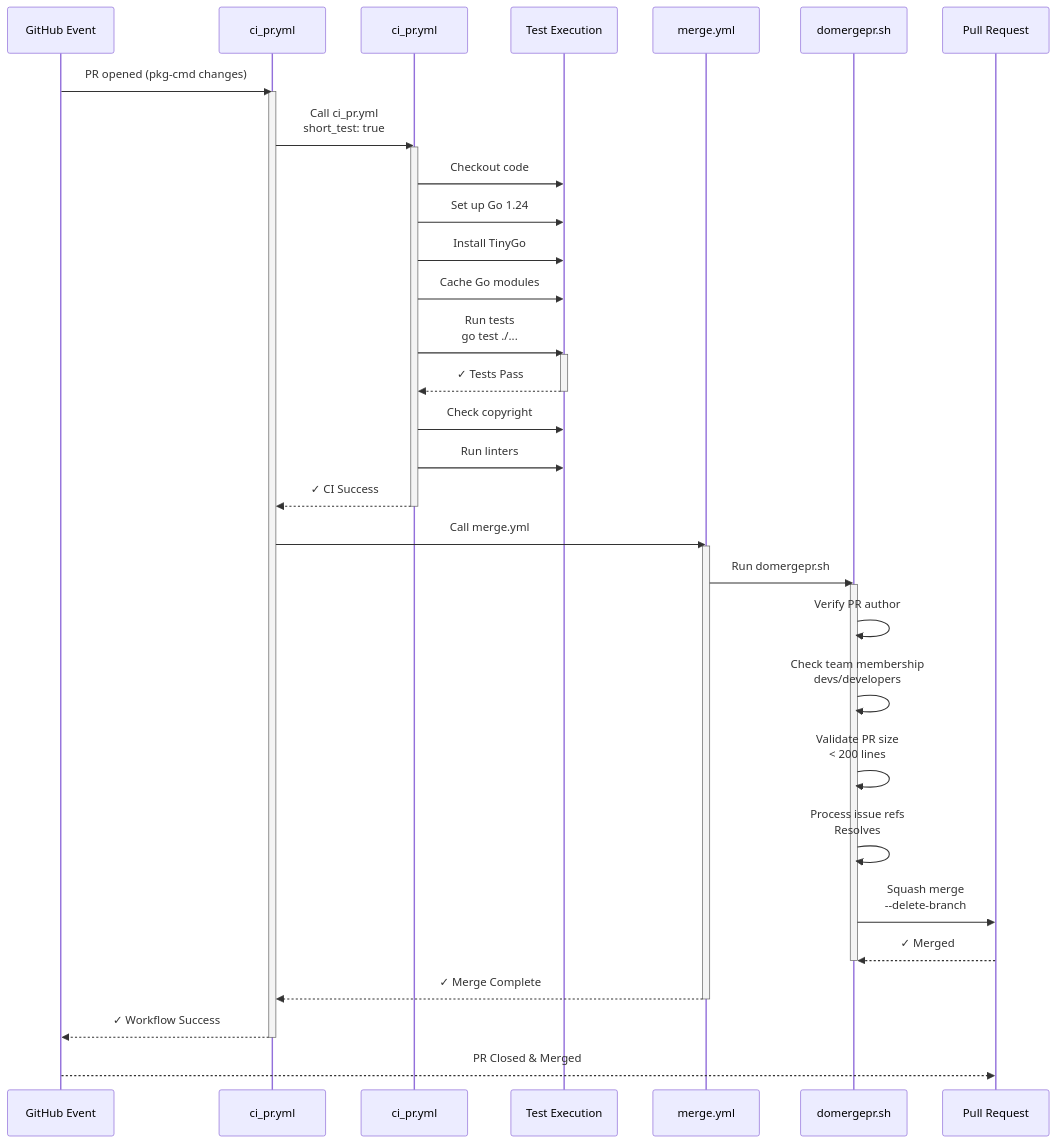
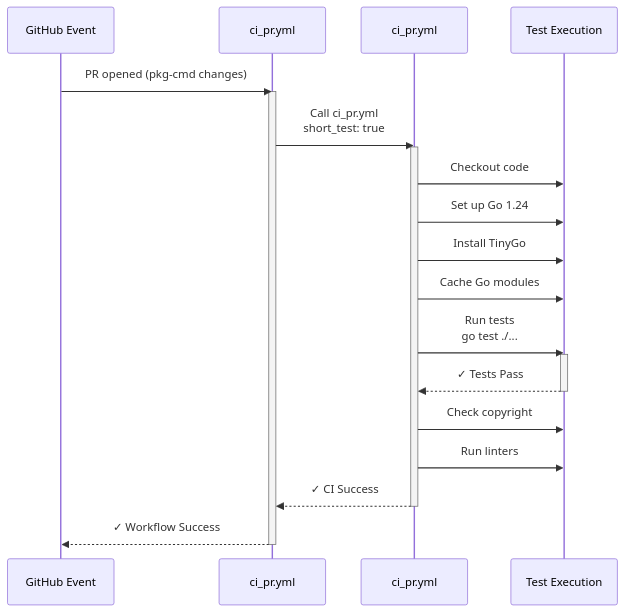
Before and after one commit to voedger/voedger: the second of 4 diagrams in .github/workflows/README.md, drawn with Mermaid. The commit also changed other lines of this file and 4 other files, not shown here.

````diff
--- a/.github/workflows/README.md
+++ b/.github/workflows/README.md
@@ -313,54 +288,31 @@
 ```mermaid
 sequenceDiagram
     participant GitHub as GitHub Event
     participant WF as ci_pr.yml
     participant CI as ci_pr.yml
     participant Tests as Test Execution
-    participant Merge as merge.yml
-    participant domerge as domergepr.sh
-    participant PR as Pull Request
 
     GitHub->>WF: PR opened (pkg-cmd changes)
     activate WF
 
     WF->>CI: Call ci_pr.yml<br/>short_test: true
     activate CI
 
     CI->>Tests: Checkout code
     CI->>Tests: Set up Go 1.24
     CI->>Tests: Install TinyGo
     CI->>Tests: Cache Go modules
     CI->>Tests: Run tests<br/>go test ./...
     activate Tests
     Tests-->>CI: ✓ Tests Pass
     deactivate Tests
 
     CI->>Tests: Check copyright
     CI->>Tests: Run linters
 
     CI-->>WF: ✓ CI Success
     deactivate CI
 
-    WF->>Merge: Call merge.yml
-    activate Merge
-
-    Merge->>domerge: Run domergepr.sh
-    activate domerge
-
-    domerge->>domerge: Verify PR author
-    domerge->>domerge: Check team membership<br/>devs/developers
-    domerge->>domerge: Validate PR size<br/>< 200 lines
-    domerge->>domerge: Process issue refs<br/>Resolves #
-    domerge->>PR: Squash merge<br/>--delete-branch
-
-    PR-->>domerge: ✓ Merged
-    deactivate domerge
-
-    Merge-->>WF: ✓ Merge Complete
-    deactivate Merge
-
     WF-->>GitHub: ✓ Workflow Success
     deactivate WF
-
-    GitHub-->>PR: PR Closed & Merged
 ```
````
